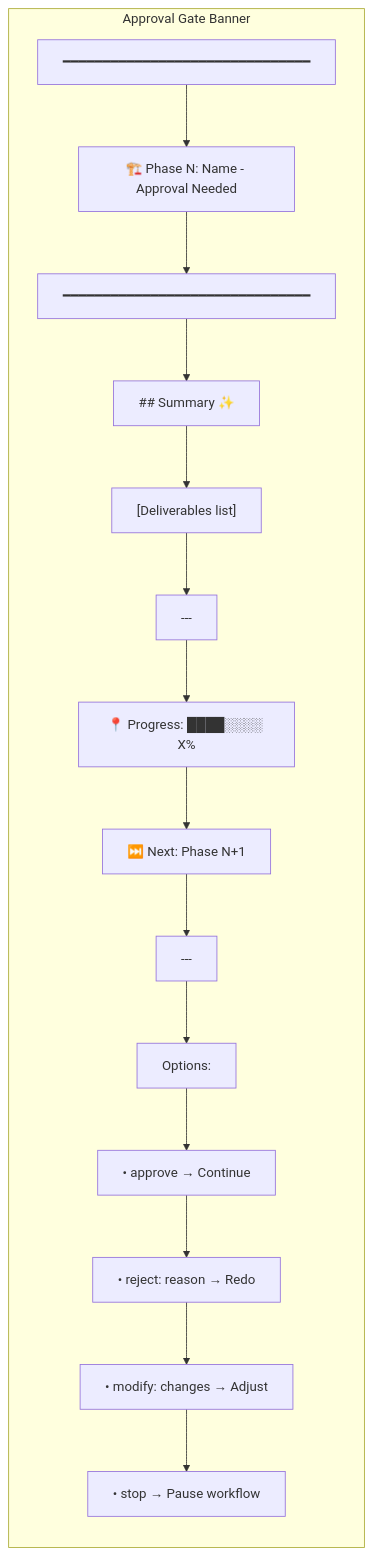
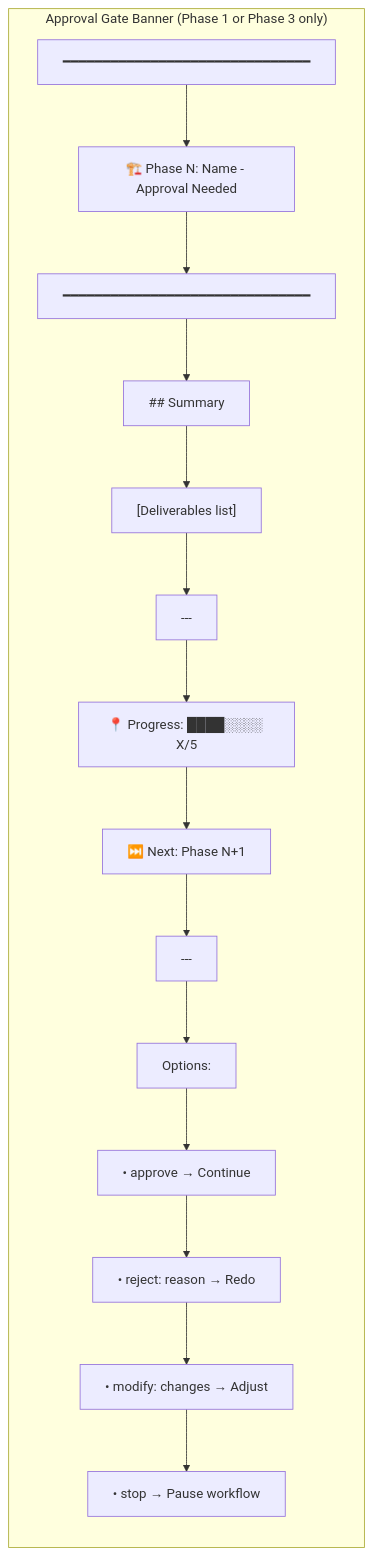
Diagram 20 of 20 in aura-frog/docs/WORKFLOW_DIAGRAMS.md (nguyenthienthanh/aura-frog), drawn with Mermaid before and after one commit. The commit also changed other lines of this file and 123 other files, not shown here.

````diff
--- a/aura-frog/docs/WORKFLOW_DIAGRAMS.md
+++ b/aura-frog/docs/WORKFLOW_DIAGRAMS.md
@@ -925,22 +812,22 @@
 ```mermaid
 flowchart LR
-    subgraph "Approval Gate Banner"
+    subgraph "Approval Gate Banner (Phase 1 or Phase 3 only)"
         direction TB
         H1["━━━━━━━━━━━━━━━━━━━━━━━━━━━━━━━"]
         H2["🏗️ Phase N: Name - Approval Needed"]
         H3["━━━━━━━━━━━━━━━━━━━━━━━━━━━━━━━"]
-        H4["## Summary ✨"]
+        H4["## Summary"]
         H5["[Deliverables list]"]
         H6["---"]
-        H7["📍 Progress: ████░░░░ X%"]
+        H7["📍 Progress: ████░░░░ X/5"]
         H8["⏭️ Next: Phase N+1"]
         H9["---"]
         H10["Options:"]
         H11["• approve → Continue"]
         H12["• reject: reason → Redo"]
         H13["• modify: changes → Adjust"]
         H14["• stop → Pause workflow"]
 
         H1 --> H2 --> H3 --> H4 --> H5 --> H6 --> H7 --> H8 --> H9 --> H10 --> H11 --> H12 --> H13 --> H14
     end
 ```
````
